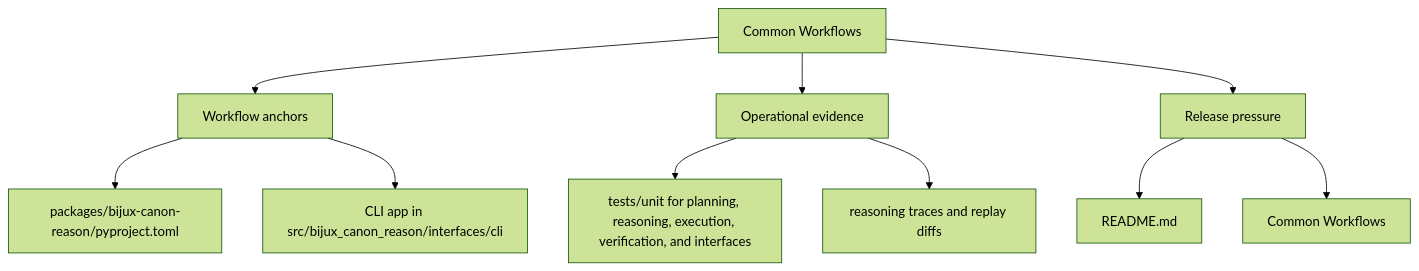
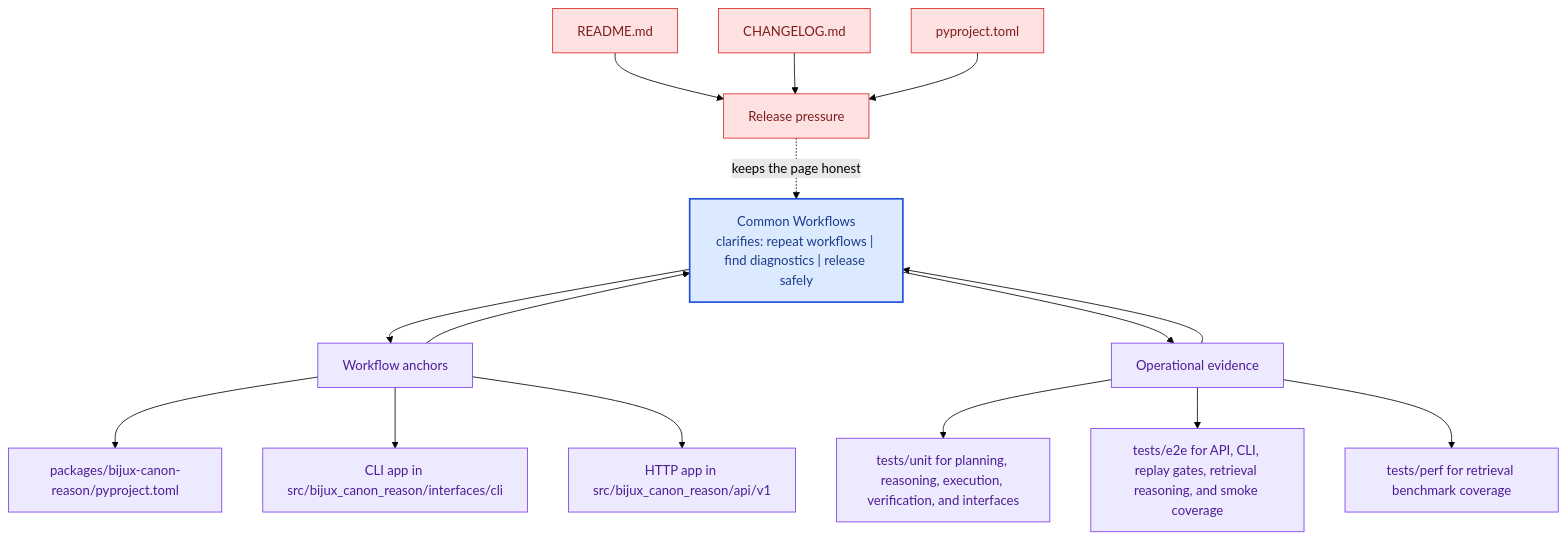
The second of 2 diagrams in docs/bijux-canon-reason/operations/common-workflows.md (bijux/bijux-canon), drawn with Mermaid (forest theme) before and after one commit. The commit also changed other lines of this file and 281 other files, not shown here.

Commit message:
docs(diagrams): deepen handbook mermaid maps across the catalog

````diff
--- a/docs/bijux-canon-reason/operations/common-workflows.md
+++ b/docs/bijux-canon-reason/operations/common-workflows.md
@@ -34,22 +67,41 @@
 ```mermaid
-flowchart TD
-    page["Common Workflows"]
+flowchart TB
+    promise["Common Workflows<br/>clarifies: repeat workflows | find diagnostics | release safely"]
+    classDef promise fill:#dbeafe,stroke:#1d4ed8,color:#1e3a8a,stroke-width:2px;
+    classDef driver fill:#dcfce7,stroke:#16a34a,color:#14532d;
+    classDef constraint fill:#fee2e2,stroke:#dc2626,color:#7f1d1d;
+    classDef ground fill:#ede9fe,stroke:#7c3aed,color:#4c1d95;
     focus1["Workflow anchors"]
-    page --> focus1
+    focus1 --> promise
+    promise --> focus1
     focus1_1["packages/bijux-canon-reason/pyproject.toml"]
     focus1 --> focus1_1
     focus1_2["CLI app in src/bijux_canon_reason/interfaces/cli"]
     focus1 --> focus1_2
+    focus1_3["HTTP app in src/bijux_canon_reason/api/v1"]
+    focus1 --> focus1_3
+    class focus1 ground;
+    class focus1_1,focus1_2,focus1_3 ground;
     focus2["Operational evidence"]
-    page --> focus2
+    focus2 --> promise
+    promise --> focus2
     focus2_1["tests/unit for planning, reasoning, execution, verification, and interfaces"]
     focus2 --> focus2_1
-    focus2_2["reasoning traces and replay diffs"]
+    focus2_2["tests/e2e for API, CLI, replay gates, retrieval reasoning, and smoke coverage"]
     focus2 --> focus2_2
+    focus2_3["tests/perf for retrieval benchmark coverage"]
+    focus2 --> focus2_3
+    class focus2 ground;
+    class focus2_1,focus2_2,focus2_3 ground;
     focus3["Release pressure"]
-    page --> focus3
+    focus3 -.keeps the page honest.-> promise
     focus3_1["README.md"]
-    focus3 --> focus3_1
-    focus3_2["Common Workflows"]
-    focus3 --> focus3_2
+    focus3_1 --> focus3
+    focus3_2["CHANGELOG.md"]
+    focus3_2 --> focus3
+    focus3_3["pyproject.toml"]
+    focus3_3 --> focus3
+    class focus3 constraint;
+    class focus3_1,focus3_2,focus3_3 constraint;
+    class promise promise;
 ```
````
